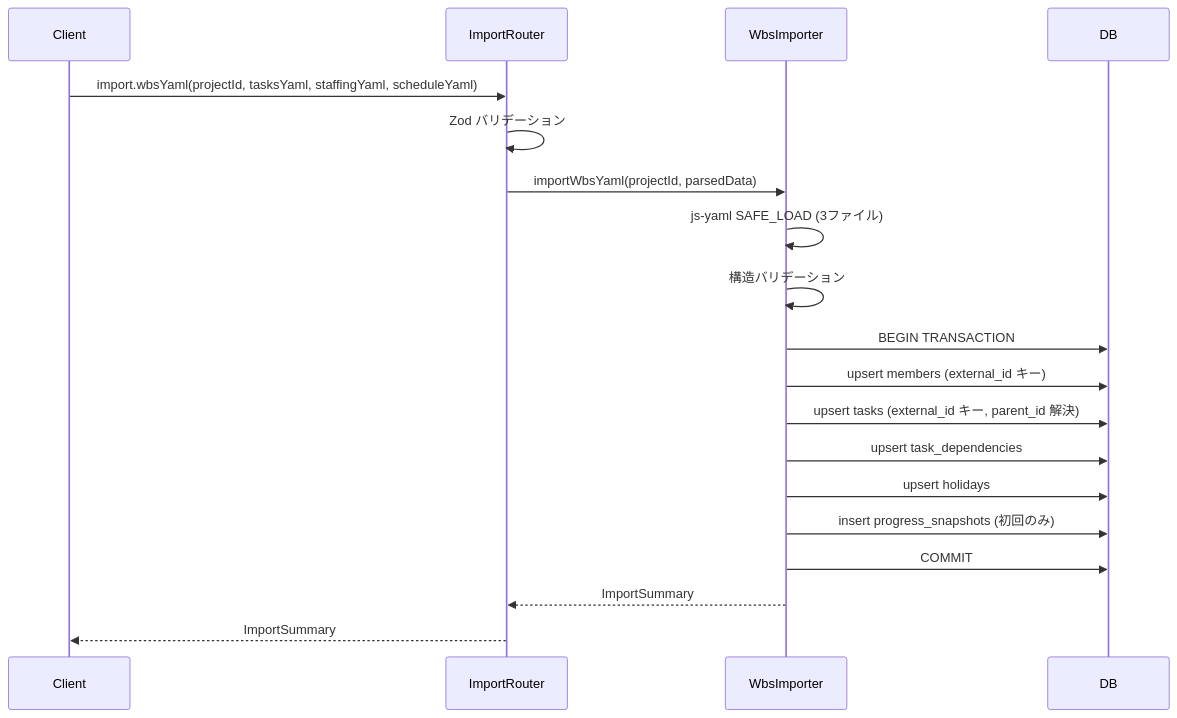
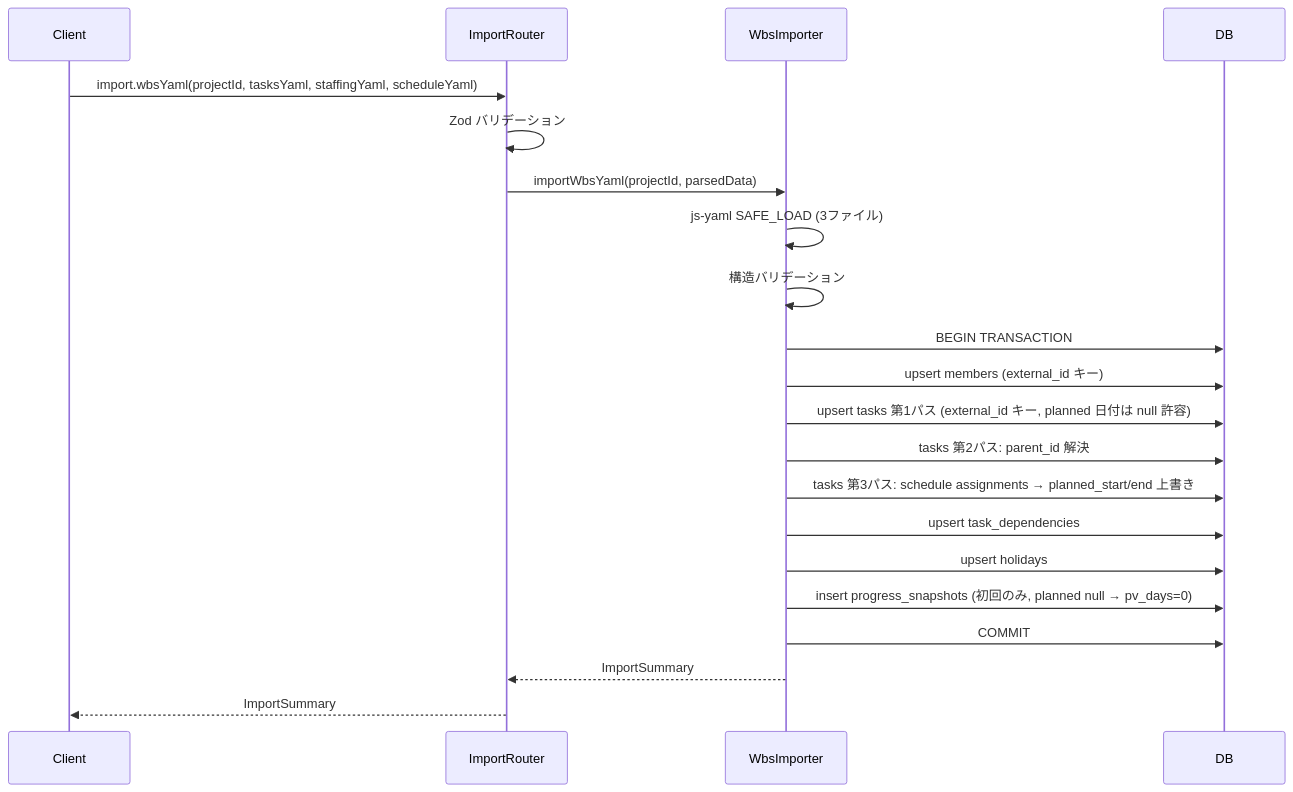
One commit to PrimeBrains/sdd-workshop changed the second of 3 diagrams in .kiro/specs/core-data-model/design.md. Above: the diagram before and after it, drawn with Mermaid. The commit also changed other lines of this file and 12 other files, not shown here.

````diff
--- a/.kiro/specs/core-data-model/design.md
+++ b/.kiro/specs/core-data-model/design.md
@@ -191,22 +191,24 @@
 ```mermaid
 sequenceDiagram
     participant Client
     participant ImportRouter
     participant WbsImporter
     participant DB
 
     Client->>ImportRouter: import.wbsYaml(projectId, tasksYaml, staffingYaml, scheduleYaml)
     ImportRouter->>ImportRouter: Zod バリデーション
     ImportRouter->>WbsImporter: importWbsYaml(projectId, parsedData)
     WbsImporter->>WbsImporter: js-yaml SAFE_LOAD (3ファイル)
     WbsImporter->>WbsImporter: 構造バリデーション
     WbsImporter->>DB: BEGIN TRANSACTION
     WbsImporter->>DB: upsert members (external_id キー)
-    WbsImporter->>DB: upsert tasks (external_id キー, parent_id 解決)
+    WbsImporter->>DB: upsert tasks 第1パス (external_id キー, planned 日付は null 許容)
+    WbsImporter->>DB: tasks 第2パス: parent_id 解決
+    WbsImporter->>DB: tasks 第3パス: schedule assignments → planned_start/end 上書き
     WbsImporter->>DB: upsert task_dependencies
     WbsImporter->>DB: upsert holidays
-    WbsImporter->>DB: insert progress_snapshots (初回のみ)
+    WbsImporter->>DB: insert progress_snapshots (初回のみ, planned null → pv_days=0)
     WbsImporter->>DB: COMMIT
     WbsImporter-->>ImportRouter: ImportSummary
     ImportRouter-->>Client: ImportSummary
 ```
````
